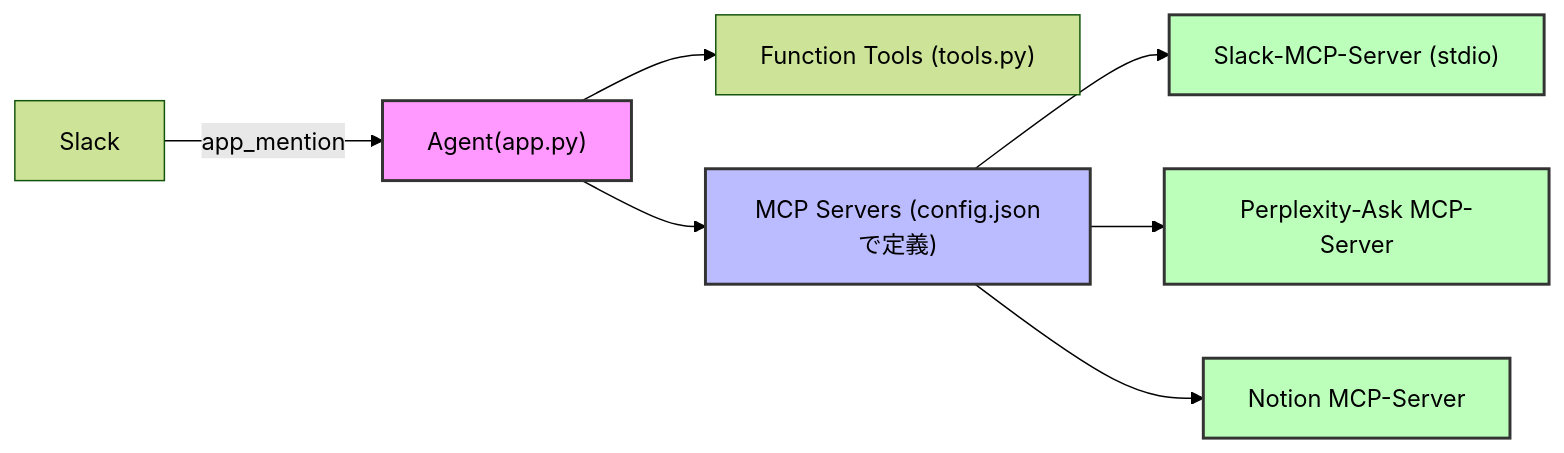
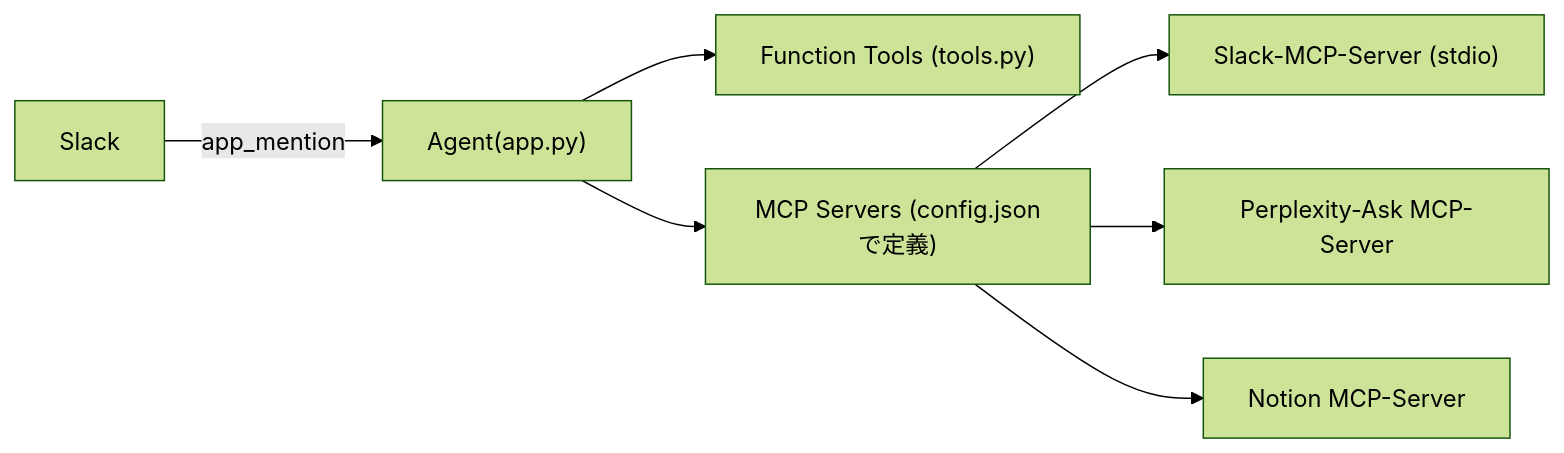
The diagram in README.md (yutashx/slack-mcp-agent), drawn with Mermaid (forest theme) before and after one commit. The commit also changed other lines of this file, not shown here.

````diff
--- a/README.md
+++ b/README.md
@@ -31,15 +31,9 @@
 ```mermaid
 graph LR
     Slack -->|app_mention| Agent["Agent(app.py)"]
     Agent --> FunctionTools["Function Tools (tools.py)"]
     Agent --> MCPServers["MCP Servers (config.jsonで定義)"]
     MCPServers --> SlackMCP["Slack-MCP-Server (stdio)"]
     MCPServers --> PerplexityMCP["Perplexity-Ask MCP-Server"]
     MCPServers --> NotionMCP["Notion MCP-Server"]
-    
-    style Agent fill:#f9f,stroke:#333,stroke-width:2px
-    style MCPServers fill:#bbf,stroke:#333,stroke-width:2px
-    style SlackMCP fill:#bfb,stroke:#333,stroke-width:2px
-    style PerplexityMCP fill:#bfb,stroke:#333,stroke-width:2px
-    style NotionMCP fill:#bfb,stroke:#333,stroke-width:2px
 ```
````
